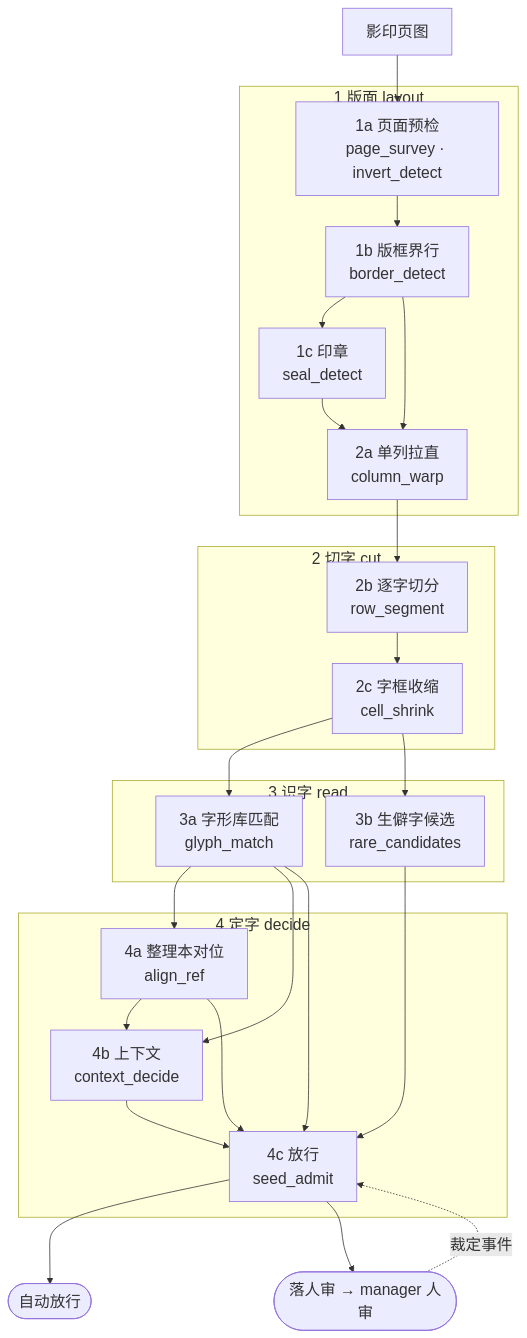
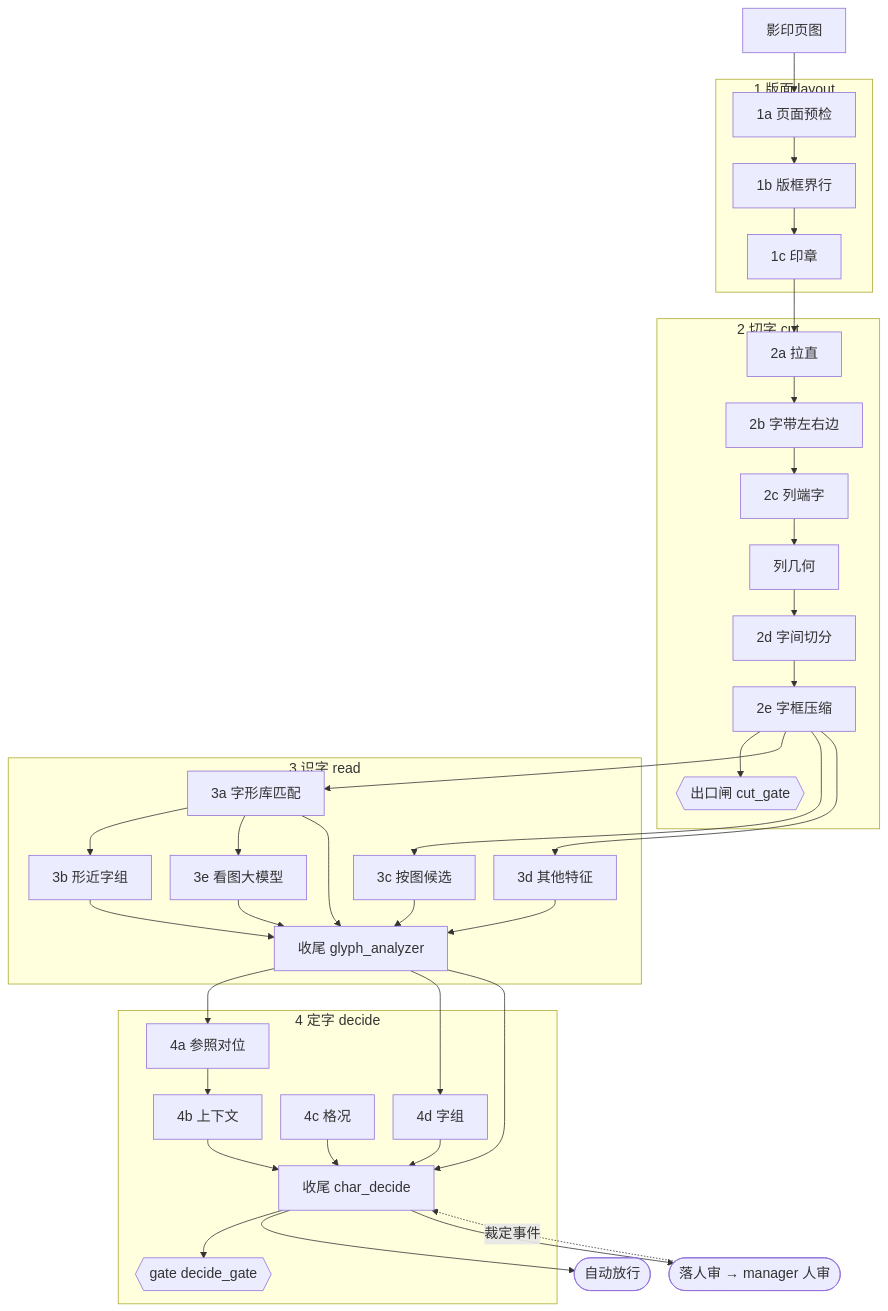
The diagram in wiki/管线全景.md (open-guji/open-guji-cv), drawn with Mermaid before and after one commit. The commit also changed other lines of this file and 15 other files, not shown here.

````diff
--- a/wiki/管线全景.md
+++ b/wiki/管线全景.md
@@ -18,32 +20,37 @@
 ```mermaid
-%%{init: {"themeVariables": {"fontSize": "20px"}, "flowchart": {"nodeSpacing": 30, "rankSpacing": 40}}}%%
+%%{init: {"themeVariables": {"fontSize": "18px"}, "flowchart": {"nodeSpacing": 24, "rankSpacing": 34}}}%%
 flowchart TD
   raw[影印页图]
   subgraph L["1 版面 layout"]
-    s0["1a 页面预检<br/>page_survey · invert_detect"] --> s1["1b 版框界行<br/>border_detect"]
-    s1 --> seal["1c 印章<br/>seal_detect"]
-    s1 --> s2["2a 单列拉直<br/>column_warp"]
-    seal --> s2
+    a1["1a 页面预检"] --> b1["1b 版框界行"] --> c1["1c 印章"]
   end
   subgraph C["2 切字 cut"]
-    s3["2b 逐字切分<br/>row_segment"] --> s4["2c 字框收缩<br/>cell_shrink"]
+    a2["2a 拉直"] --> b2["2b 字带左右边"] --> c2["2c 列端字"] --> g2["列几何"] --> d2["2d 字间切分"] --> e2["2e 字框压缩"]
+    e2 --> cg{{"出口闸 cut_gate"}}
   end
   subgraph R["3 识字 read"]
-    a["3a 字形库匹配<br/>glyph_match"]
-    b["3b 生僻字候选<br/>rare_candidates"]
+    a3["3a 字形库匹配"]
+    b3["3b 形近字组"]
+    c3["3c 按图候选"]
+    d3["3d 其他特征"]
+    e3["3e 看图大模型"]
+    f3["收尾 glyph_analyzer"]
+    a3 --> b3 & e3
+    a3 & b3 & c3 & d3 & e3 --> f3
   end
   subgraph D["4 定字 decide"]
-    d["4a 整理本对位<br/>align_ref"]
-    s6["4b 上下文<br/>context_decide"] --> s7["4c 放行<br/>seed_admit"]
+    a4["4a 参照对位"] --> b4["4b 上下文"]
+    c4["4c 格况"]
+    d4["4d 字组"]
+    f4["收尾 char_decide"]
+    b4 & c4 & d4 --> f4
+    f4 --> dg{{"gate decide_gate"}}
   end
-  raw --> s0
-  s2 --> s3
-  s4 --> a & b
-  a --> d
-  a --> s6
-  d --> s6
-  a & b & d --> s7
-  s7 --> auto([自动放行])
-  s7 --> rev([落人审 → manager 人审])
-  rev -. 裁定事件 .-> s7
+  raw --> a1
+  c1 --> a2
+  e2 --> a3 & c3 & d3
+  f3 --> a4 & d4 & f4
+  f4 --> auto([自动放行])
+  f4 --> rev([落人审 → manager 人审])
+  rev -. 裁定事件 .-> f4
 ```
````
